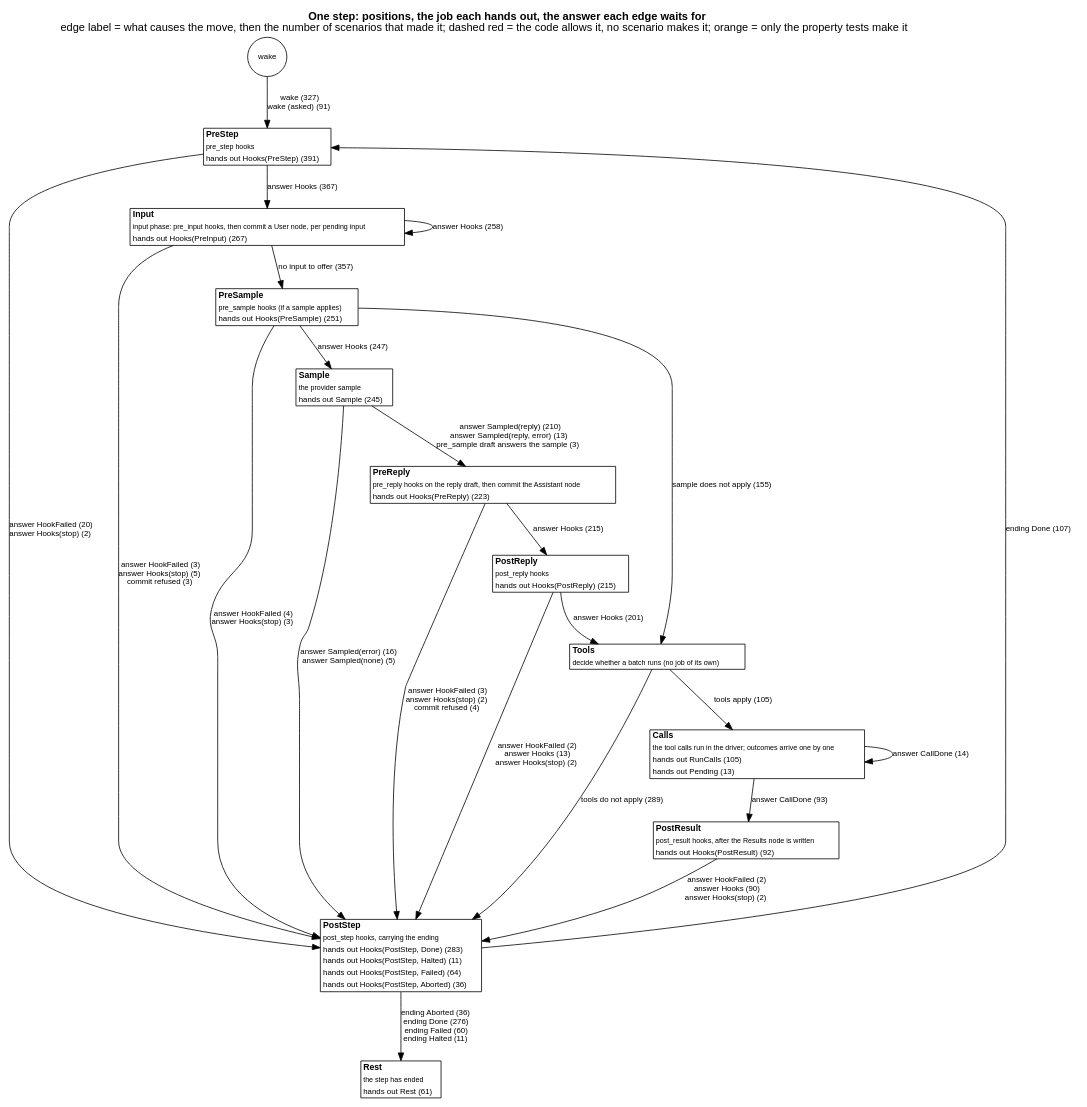
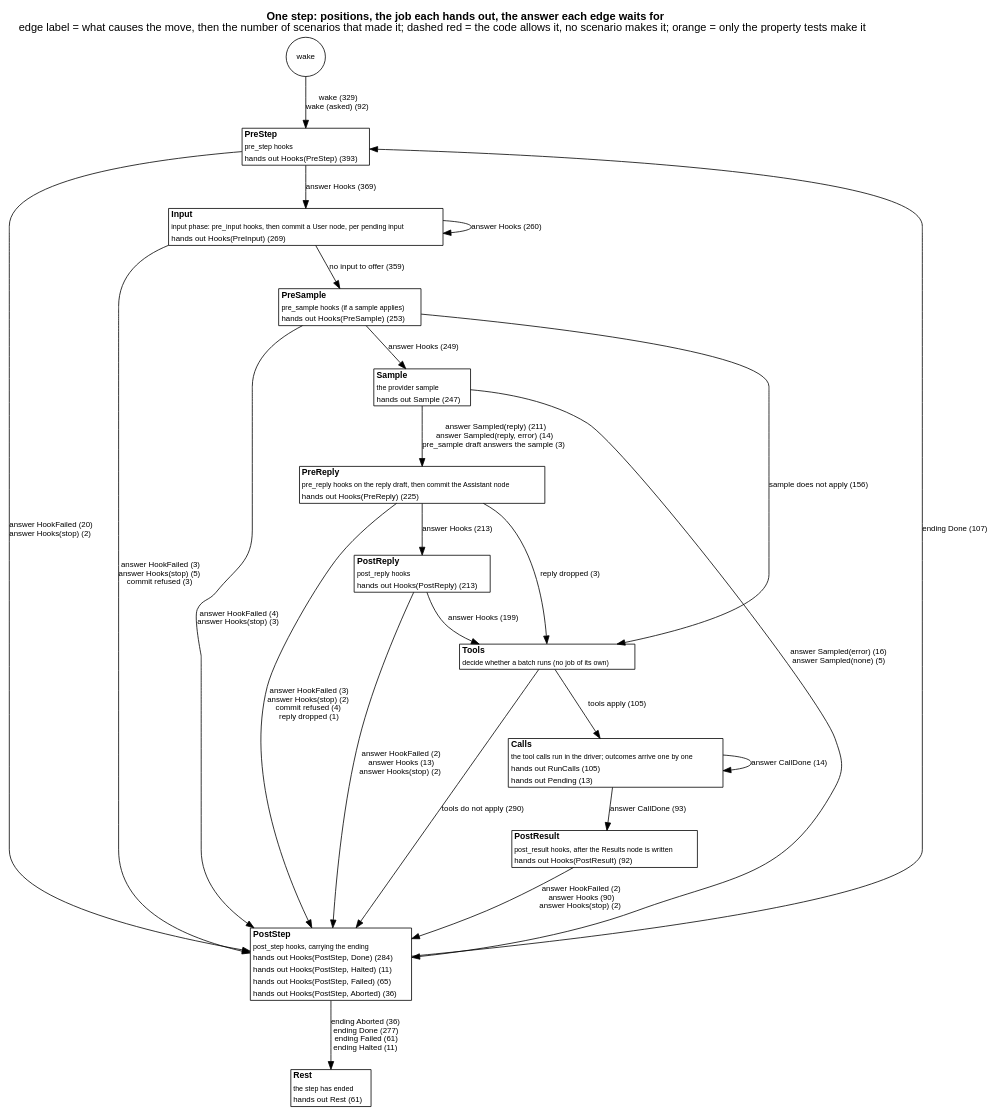
One commit to jmccardle/tau changed the diagram in docs/as-built/diagrams/step-positions.dot. Above: the diagram before and after it, drawn with Graphviz. The commit also changed 63 other files, not shown here.

```diff
--- a/docs/as-built/diagrams/step-positions.dot
+++ b/docs/as-built/diagrams/step-positions.dot
@@ -1,40 +1,41 @@
 // Generated by scripts/diagrams.sh from the test suites' transitions. Do not edit.
 digraph step_positions {
   graph [rankdir=TB, fontname="Helvetica", nodesep=0.5, ranksep=0.6, labelloc=t, label=<<b>One step: positions, the job each hands out, the answer each edge waits for</b><br/>edge label = what causes the move, then the number of scenarios that made it; dashed red = the code allows it, no scenario makes it; orange = only the property tests make it>];
   node [shape=plain, fontname="Helvetica", fontsize=11];
   edge [fontname="Helvetica", fontsize=10];
   "(wake)" [shape=circle, label="wake", fontsize=10];
-  "PreStep" [label=<<table border="1" cellborder="0" cellspacing="0" bgcolor="white"><tr><td align="left"><b>PreStep</b></td></tr><tr><td align="left"><font point-size="9">pre_step hooks</font></td></tr><tr><td align="left"><font color="black" point-size="10">hands out Hooks(PreStep) (391)</font></td></tr></table>>];
-  "Input" [label=<<table border="1" cellborder="0" cellspacing="0" bgcolor="white"><tr><td align="left"><b>Input</b></td></tr><tr><td align="left"><font point-size="9">input phase: pre_input hooks, then commit a User node, per pending input</font></td></tr><tr><td align="left"><font color="black" point-size="10">hands out Hooks(PreInput) (267)</font></td></tr></table>>];
-  "PreSample" [label=<<table border="1" cellborder="0" cellspacing="0" bgcolor="white"><tr><td align="left"><b>PreSample</b></td></tr><tr><td align="left"><font point-size="9">pre_sample hooks (if a sample applies)</font></td></tr><tr><td align="left"><font color="black" point-size="10">hands out Hooks(PreSample) (251)</font></td></tr></table>>];
-  "Sample" [label=<<table border="1" cellborder="0" cellspacing="0" bgcolor="white"><tr><td align="left"><b>Sample</b></td></tr><tr><td align="left"><font point-size="9">the provider sample</font></td></tr><tr><td align="left"><font color="black" point-size="10">hands out Sample (245)</font></td></tr></table>>];
-  "PreReply" [label=<<table border="1" cellborder="0" cellspacing="0" bgcolor="white"><tr><td align="left"><b>PreReply</b></td></tr><tr><td align="left"><font point-size="9">pre_reply hooks on the reply draft, then commit the Assistant node</font></td></tr><tr><td align="left"><font color="black" point-size="10">hands out Hooks(PreReply) (223)</font></td></tr></table>>];
-  "PostReply" [label=<<table border="1" cellborder="0" cellspacing="0" bgcolor="white"><tr><td align="left"><b>PostReply</b></td></tr><tr><td align="left"><font point-size="9">post_reply hooks</font></td></tr><tr><td align="left"><font color="black" point-size="10">hands out Hooks(PostReply) (215)</font></td></tr></table>>];
+  "PreStep" [label=<<table border="1" cellborder="0" cellspacing="0" bgcolor="white"><tr><td align="left"><b>PreStep</b></td></tr><tr><td align="left"><font point-size="9">pre_step hooks</font></td></tr><tr><td align="left"><font color="black" point-size="10">hands out Hooks(PreStep) (393)</font></td></tr></table>>];
+  "Input" [label=<<table border="1" cellborder="0" cellspacing="0" bgcolor="white"><tr><td align="left"><b>Input</b></td></tr><tr><td align="left"><font point-size="9">input phase: pre_input hooks, then commit a User node, per pending input</font></td></tr><tr><td align="left"><font color="black" point-size="10">hands out Hooks(PreInput) (269)</font></td></tr></table>>];
+  "PreSample" [label=<<table border="1" cellborder="0" cellspacing="0" bgcolor="white"><tr><td align="left"><b>PreSample</b></td></tr><tr><td align="left"><font point-size="9">pre_sample hooks (if a sample applies)</font></td></tr><tr><td align="left"><font color="black" point-size="10">hands out Hooks(PreSample) (253)</font></td></tr></table>>];
+  "Sample" [label=<<table border="1" cellborder="0" cellspacing="0" bgcolor="white"><tr><td align="left"><b>Sample</b></td></tr><tr><td align="left"><font point-size="9">the provider sample</font></td></tr><tr><td align="left"><font color="black" point-size="10">hands out Sample (247)</font></td></tr></table>>];
+  "PreReply" [label=<<table border="1" cellborder="0" cellspacing="0" bgcolor="white"><tr><td align="left"><b>PreReply</b></td></tr><tr><td align="left"><font point-size="9">pre_reply hooks on the reply draft, then commit the Assistant node</font></td></tr><tr><td align="left"><font color="black" point-size="10">hands out Hooks(PreReply) (225)</font></td></tr></table>>];
+  "PostReply" [label=<<table border="1" cellborder="0" cellspacing="0" bgcolor="white"><tr><td align="left"><b>PostReply</b></td></tr><tr><td align="left"><font point-size="9">post_reply hooks</font></td></tr><tr><td align="left"><font color="black" point-size="10">hands out Hooks(PostReply) (213)</font></td></tr></table>>];
   "Tools" [label=<<table border="1" cellborder="0" cellspacing="0" bgcolor="white"><tr><td align="left"><b>Tools</b></td></tr><tr><td align="left"><font point-size="9">decide whether a batch runs (no job of its own)</font></td></tr></table>>];
   "Calls" [label=<<table border="1" cellborder="0" cellspacing="0" bgcolor="white"><tr><td align="left"><b>Calls</b></td></tr><tr><td align="left"><font point-size="9">the tool calls run in the driver; outcomes arrive one by one</font></td></tr><tr><td align="left"><font color="black" point-size="10">hands out RunCalls (105)</font></td></tr><tr><td align="left"><font color="black" point-size="10">hands out Pending (13)</font></td></tr></table>>];
   "PostResult" [label=<<table border="1" cellborder="0" cellspacing="0" bgcolor="white"><tr><td align="left"><b>PostResult</b></td></tr><tr><td align="left"><font point-size="9">post_result hooks, after the Results node is written</font></td></tr><tr><td align="left"><font color="black" point-size="10">hands out Hooks(PostResult) (92)</font></td></tr></table>>];
-  "PostStep" [label=<<table border="1" cellborder="0" cellspacing="0" bgcolor="white"><tr><td align="left"><b>PostStep</b></td></tr><tr><td align="left"><font point-size="9">post_step hooks, carrying the ending</font></td></tr><tr><td align="left"><font color="black" point-size="10">hands out Hooks(PostStep, Done) (283)</font></td></tr><tr><td align="left"><font color="black" point-size="10">hands out Hooks(PostStep, Halted) (11)</font></td></tr><tr><td align="left"><font color="black" point-size="10">hands out Hooks(PostStep, Failed) (64)</font></td></tr><tr><td align="left"><font color="black" point-size="10">hands out Hooks(PostStep, Aborted) (36)</font></td></tr></table>>];
+  "PostStep" [label=<<table border="1" cellborder="0" cellspacing="0" bgcolor="white"><tr><td align="left"><b>PostStep</b></td></tr><tr><td align="left"><font point-size="9">post_step hooks, carrying the ending</font></td></tr><tr><td align="left"><font color="black" point-size="10">hands out Hooks(PostStep, Done) (284)</font></td></tr><tr><td align="left"><font color="black" point-size="10">hands out Hooks(PostStep, Halted) (11)</font></td></tr><tr><td align="left"><font color="black" point-size="10">hands out Hooks(PostStep, Failed) (65)</font></td></tr><tr><td align="left"><font color="black" point-size="10">hands out Hooks(PostStep, Aborted) (36)</font></td></tr></table>>];
   "Rest" [label=<<table border="1" cellborder="0" cellspacing="0" bgcolor="white"><tr><td align="left"><b>Rest</b></td></tr><tr><td align="left"><font point-size="9">the step has ended</font></td></tr><tr><td align="left"><font color="black" point-size="10">hands out Rest (61)</font></td></tr></table>>];
-  "(wake)" -> "PreStep" [label=<wake (327)<br/>wake (asked) (91)>, color="black", style=solid];
+  "(wake)" -> "PreStep" [label=<wake (329)<br/>wake (asked) (92)>, color="black", style=solid];
   "Calls" -> "Calls" [label=<answer CallDone (14)>, color="black", style=solid];
   "Calls" -> "PostResult" [label=<answer CallDone (93)>, color="black", style=solid];
-  "Input" -> "Input" [label=<answer Hooks (258)>, color="black", style=solid];
+  "Input" -> "Input" [label=<answer Hooks (260)>, color="black", style=solid];
   "Input" -> "PostStep" [label=<answer HookFailed (3)<br/>answer Hooks(stop) (5)<br/>commit refused (3)>, color="black", style=solid];
-  "Input" -> "PreSample" [label=<no input to offer (357)>, color="black", style=solid];
+  "Input" -> "PreSample" [label=<no input to offer (359)>, color="black", style=solid];
   "PostReply" -> "PostStep" [label=<answer HookFailed (2)<br/>answer Hooks (13)<br/>answer Hooks(stop) (2)>, color="black", style=solid];
-  "PostReply" -> "Tools" [label=<answer Hooks (201)>, color="black", style=solid];
+  "PostReply" -> "Tools" [label=<answer Hooks (199)>, color="black", style=solid];
   "PostResult" -> "PostStep" [label=<answer HookFailed (2)<br/>answer Hooks (90)<br/>answer Hooks(stop) (2)>, color="black", style=solid];
   "PostStep" -> "PreStep" [label=<ending Done (107)>, color="black", style=solid];
-  "PostStep" -> "Rest" [label=<ending Aborted (36)<br/>ending Done (276)<br/>ending Failed (60)<br/>ending Halted (11)>, color="black", style=solid];
-  "PreReply" -> "PostReply" [label=<answer Hooks (215)>, color="black", style=solid];
-  "PreReply" -> "PostStep" [label=<answer HookFailed (3)<br/>answer Hooks(stop) (2)<br/>commit refused (4)>, color="black", style=solid];
+  "PostStep" -> "Rest" [label=<ending Aborted (36)<br/>ending Done (277)<br/>ending Failed (61)<br/>ending Halted (11)>, color="black", style=solid];
+  "PreReply" -> "PostReply" [label=<answer Hooks (213)>, color="black", style=solid];
+  "PreReply" -> "PostStep" [label=<answer HookFailed (3)<br/>answer Hooks(stop) (2)<br/>commit refused (4)<br/>reply dropped (1)>, color="black", style=solid];
+  "PreReply" -> "Tools" [label=<reply dropped (3)>, color="black", style=solid];
   "PreSample" -> "PostStep" [label=<answer HookFailed (4)<br/>answer Hooks(stop) (3)>, color="black", style=solid];
-  "PreSample" -> "Sample" [label=<answer Hooks (247)>, color="black", style=solid];
-  "PreSample" -> "Tools" [label=<sample does not apply (155)>, color="black", style=solid];
-  "PreStep" -> "Input" [label=<answer Hooks (367)>, color="black", style=solid];
+  "PreSample" -> "Sample" [label=<answer Hooks (249)>, color="black", style=solid];
+  "PreSample" -> "Tools" [label=<sample does not apply (156)>, color="black", style=solid];
+  "PreStep" -> "Input" [label=<answer Hooks (369)>, color="black", style=solid];
   "PreStep" -> "PostStep" [label=<answer HookFailed (20)<br/>answer Hooks(stop) (2)>, color="black", style=solid];
   "Sample" -> "PostStep" [label=<answer Sampled(error) (16)<br/>answer Sampled(none) (5)>, color="black", style=solid];
-  "Sample" -> "PreReply" [label=<answer Sampled(reply) (210)<br/>answer Sampled(reply, error) (13)<br/>pre_sample draft answers the sample (3)>, color="black", style=solid];
+  "Sample" -> "PreReply" [label=<answer Sampled(reply) (211)<br/>answer Sampled(reply, error) (14)<br/>pre_sample draft answers the sample (3)>, color="black", style=solid];
   "Tools" -> "Calls" [label=<tools apply (105)>, color="black", style=solid];
-  "Tools" -> "PostStep" [label=<tools do not apply (289)>, color="black", style=solid];
+  "Tools" -> "PostStep" [label=<tools do not apply (290)>, color="black", style=solid];
 }
```
